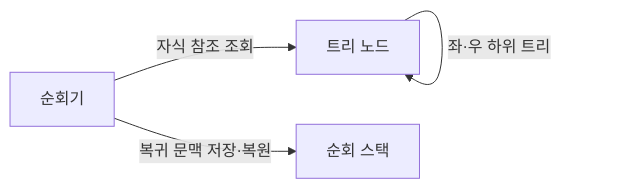
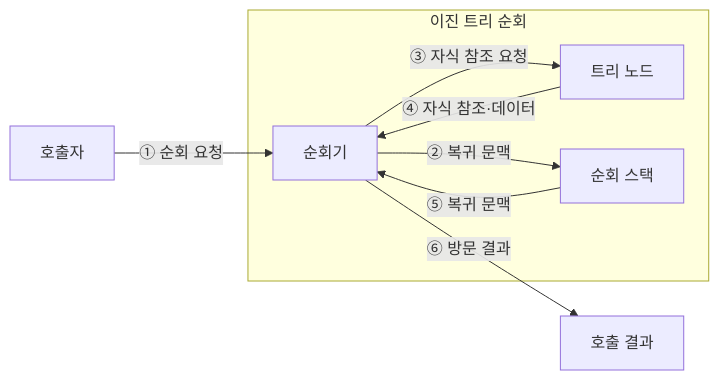
Before and after one commit to agnusdei1207/knowledge-base: the diagram in src/content/docs/notes/01-basic-theory/009_binary_tree_traversal.md, drawn with Mermaid. The commit also changed other lines of this file and 6 other files, not shown here.

````diff
--- a/src/content/docs/notes/01-basic-theory/009_binary_tree_traversal.md
+++ b/src/content/docs/notes/01-basic-theory/009_binary_tree_traversal.md
@@ -66,6 +64,14 @@
 ```mermaid
 flowchart LR
-    V[순회기] -->|자식 참조 조회| N[트리 노드]
-    V -->|복귀 문맥 저장·복원| S[순회 스택]
-    N -->|좌·우 하위 트리| N
+    C[호출자] -->|① 순회 요청| V
+    subgraph T[이진 트리 순회]
+        V[순회기]
+        N[트리 노드]
+        S[순회 스택]
+        V -->|② 복귀 문맥| S
+        V -->|③ 자식 참조 요청| N
+        N -->|④ 자식 참조·데이터| V
+        S -->|⑤ 복귀 문맥| V
+    end
+    V -->|⑥ 방문 결과| O[호출 결과]
 ```
````
